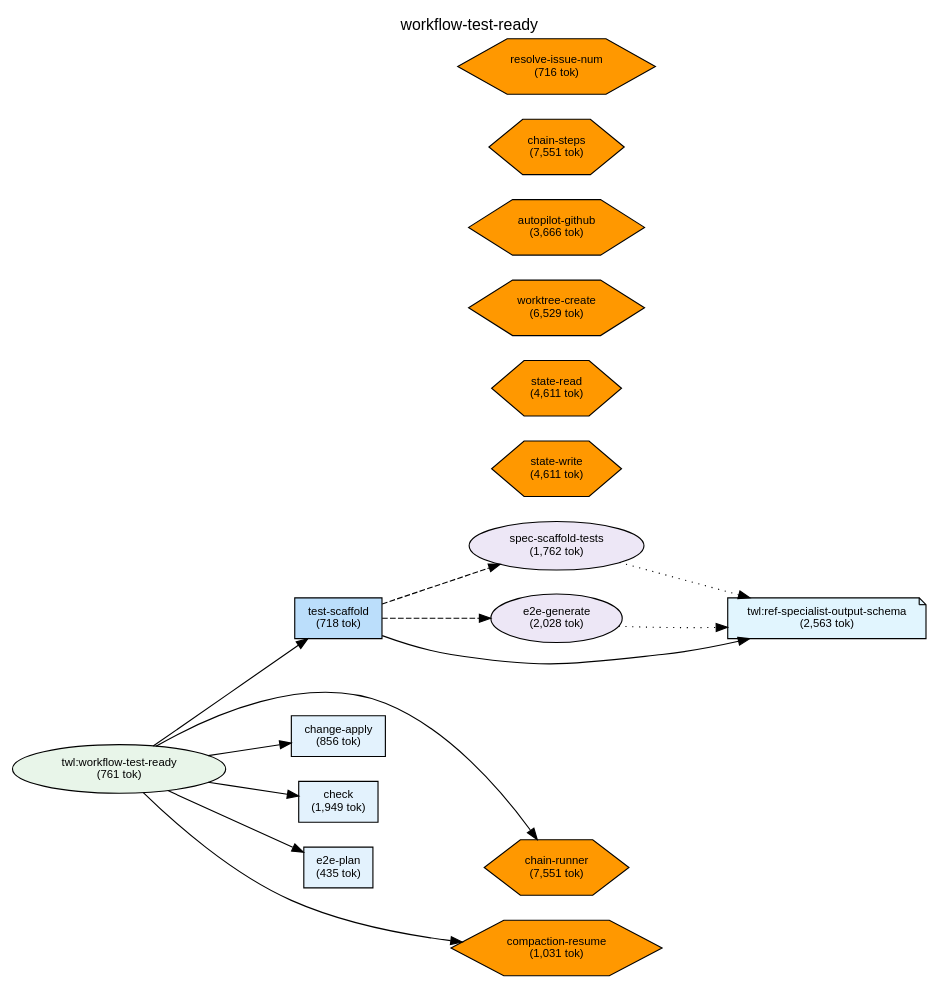
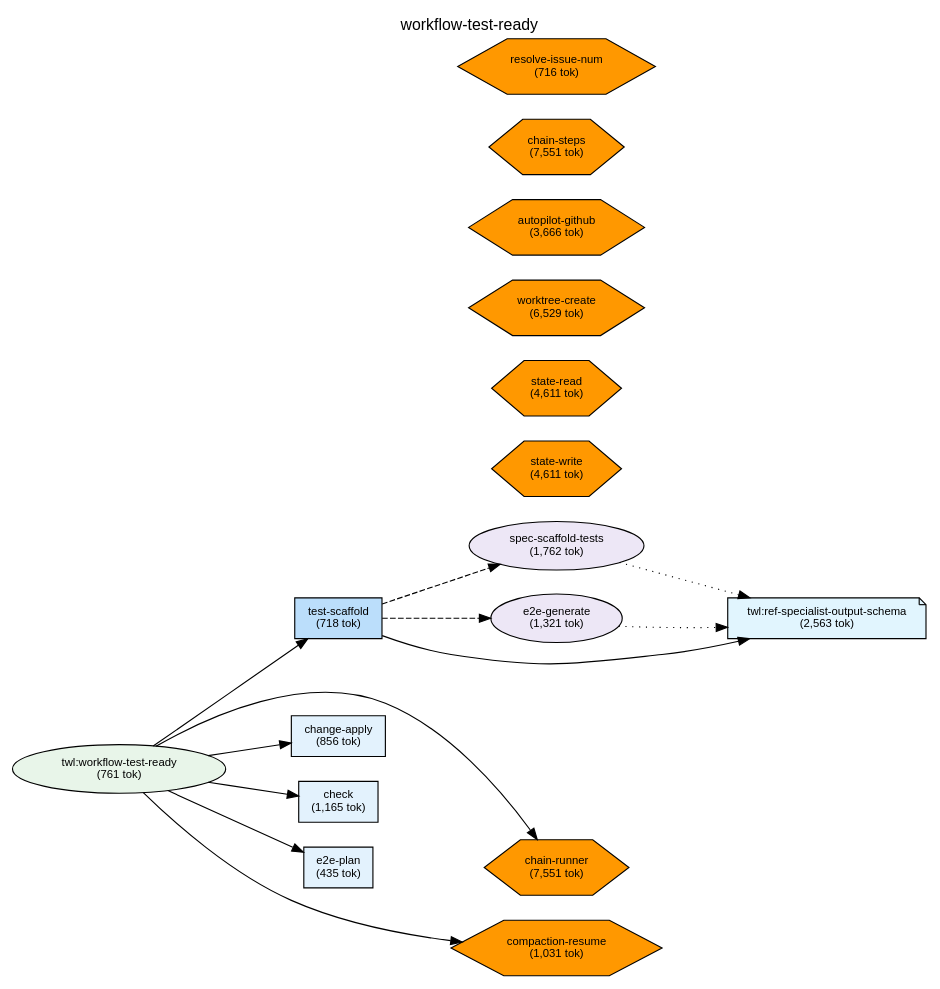
Before and after one commit to shuu5/twill: the diagram in plugins/twl/docs/deps-workflow-test-ready.dot, drawn with Graphviz. The commit also changed 29 other files, not shown here.

```diff
--- a/plugins/twl/docs/deps-workflow-test-ready.dot
+++ b/plugins/twl/docs/deps-workflow-test-ready.dot
@@ -1,82 +1,82 @@
 digraph Dependencies {
     // Graph settings
     rankdir=LR;
     ranksep=0.8;
     nodesep=0.3;
     fontname="Helvetica";
     node [fontname="Helvetica", fontsize=10];
     edge [fontname="Helvetica", fontsize=9];
     label="workflow-test-ready";
     labelloc=t;
     fontsize=14;
 
     // L0: Controller Skills
 
     // L0: Launchers
 
     // L0.5: Workflow Skills
     skill_workflow_test_ready [label="twl:workflow-test-ready\n(761 tok)", shape=ellipse, style=filled, fillcolor="#e8f5e9"];
 
     // Reference Skills
     skill_ref_specialist_output_schema [label="twl:ref-specialist-output-schema\n(2,563 tok)", shape=note, style=filled, fillcolor="#e1f5fe"];
 
     // L1: Direct Commands
     cmd_change_apply [label="change-apply\n(856 tok)", shape=box, style=filled, fillcolor="#e3f2fd"];
-    cmd_check [label="check\n(1,949 tok)", shape=box, style=filled, fillcolor="#e3f2fd"];
+    cmd_check [label="check\n(1,165 tok)", shape=box, style=filled, fillcolor="#e3f2fd"];
     cmd_e2e_plan [label="e2e-plan\n(435 tok)", shape=box, style=filled, fillcolor="#e3f2fd"];
     cmd_test_scaffold [label="test-scaffold\n(718 tok)", shape=box, style=filled, fillcolor="#bbdefb"];
 
     // L2: Sub Commands
 
     // L3: Agents
     agent_spec_scaffold_tests [label="spec-scaffold-tests\n(1,762 tok)", shape=ellipse, style=filled, fillcolor="#ede7f6"];
-    agent_e2e_generate [label="e2e-generate\n(2,028 tok)", shape=ellipse, style=filled, fillcolor="#ede7f6"];
+    agent_e2e_generate [label="e2e-generate\n(1,321 tok)", shape=ellipse, style=filled, fillcolor="#ede7f6"];
 
     // L3.5: Scripts
     script_state_read [label="state-read\n(4,611 tok)", shape=hexagon, style=filled, fillcolor="#FF9800"];
     script_state_write [label="state-write\n(4,611 tok)", shape=hexagon, style=filled, fillcolor="#FF9800"];
     script_chain_runner [label="chain-runner\n(7,551 tok)", shape=hexagon, style=filled, fillcolor="#FF9800"];
     script_worktree_create [label="worktree-create\n(6,529 tok)", shape=hexagon, style=filled, fillcolor="#FF9800"];
     script_autopilot_github [label="autopilot-github\n(3,666 tok)", shape=hexagon, style=filled, fillcolor="#FF9800"];
     script_chain_steps [label="chain-steps\n(7,551 tok)", shape=hexagon, style=filled, fillcolor="#FF9800"];
     script_compaction_resume [label="compaction-resume\n(1,031 tok)", shape=hexagon, style=filled, fillcolor="#FF9800"];
     script_resolve_issue_num [label="resolve-issue-num\n(716 tok)", shape=hexagon, style=filled, fillcolor="#FF9800"];
 
     // L4: External
 
     // Layer constraints
     { rank=same; skill_workflow_test_ready; }
     { rank=same; skill_ref_specialist_output_schema; }
     { rank=same; cmd_change_apply; cmd_check; cmd_e2e_plan; cmd_test_scaffold; }
     { rank=same; agent_spec_scaffold_tests; agent_e2e_generate; }
     { rank=same; script_state_read; script_state_write; script_chain_runner; script_worktree_create; script_autopilot_github; script_chain_steps; script_compaction_resume; script_resolve_issue_num; }
 
     // Edges
     skill_workflow_test_ready -> cmd_test_scaffold;
     skill_workflow_test_ready -> cmd_change_apply;
     skill_workflow_test_ready -> cmd_check;
     skill_workflow_test_ready -> cmd_e2e_plan;
     skill_workflow_test_ready -> script_chain_runner;
     skill_workflow_test_ready -> script_compaction_resume;
     cmd_test_scaffold -> agent_spec_scaffold_tests [style=dashed];
     cmd_test_scaffold -> agent_e2e_generate [style=dashed];
     cmd_test_scaffold -> skill_ref_specialist_output_schema;
     agent_spec_scaffold_tests -> skill_ref_specialist_output_schema [style=dotted];
     agent_e2e_generate -> skill_ref_specialist_output_schema [style=dotted];
 
     // Ordering constraints (invisible edges)
     script_chain_runner -> script_compaction_resume [style=invis, weight=10];
     cmd_test_scaffold -> cmd_change_apply [style=invis, weight=10];
     cmd_change_apply -> cmd_check [style=invis, weight=10];
     cmd_check -> cmd_e2e_plan [style=invis, weight=10];
     cmd_e2e_plan -> script_chain_runner [style=invis, weight=10];
     script_chain_runner -> script_compaction_resume [style=invis, weight=10];
     script_chain_runner -> script_compaction_resume [style=invis, weight=10];
     script_chain_runner -> script_compaction_resume [style=invis, weight=10];
     agent_spec_scaffold_tests -> agent_e2e_generate [style=invis, weight=10];
     agent_e2e_generate -> skill_ref_specialist_output_schema [style=invis, weight=10];
     script_state_read -> script_state_write [style=invis, weight=10];
     script_state_read -> script_state_write [style=invis, weight=10];
     script_state_read -> script_state_write [style=invis, weight=10];
 
 }
```
